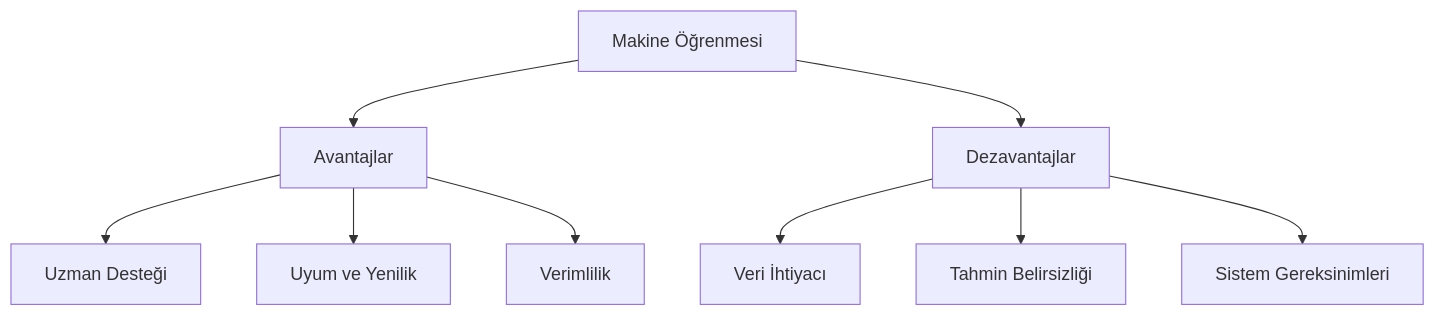
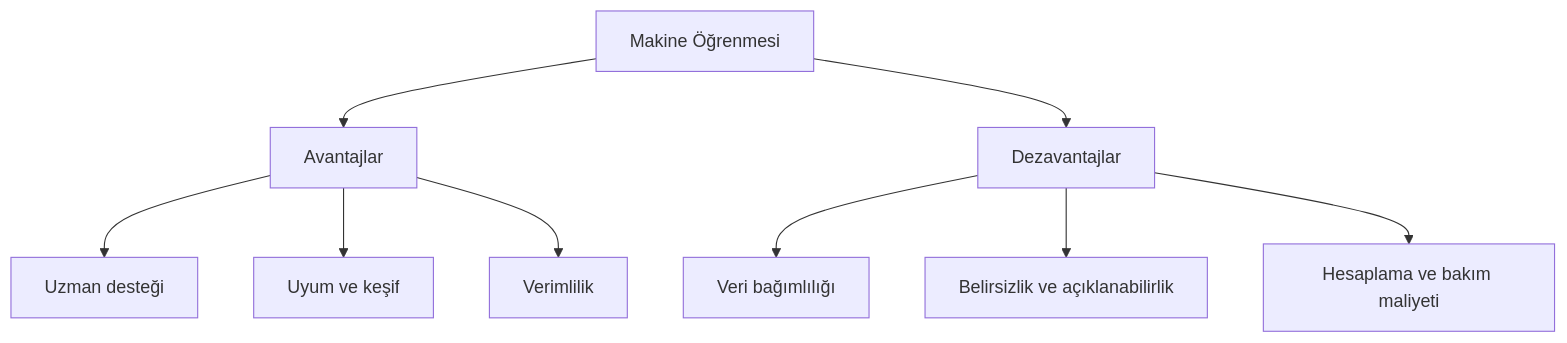
One commit to erkanozhan/machinelearning changed the third of 12 diagrams in Ders_Notu.md. Above: the diagram before and after it, drawn with Mermaid. The commit also changed other lines of this file and 50 other files, not shown here.

````diff
--- a/Ders_Notu.md
+++ b/Ders_Notu.md
@@ -100,13 +140,11 @@
 ```mermaid
 graph TD
-     A[Makine Öğrenmesi] --> B[Avantajlar]
-     A --> C[Dezavantajlar]
-     
-     B --> D[Uzman Desteği]
-     B --> E[Uyum ve Yenilik]
-     B --> F[Verimlilik]
-     
-     C --> G[Veri İhtiyacı]
-     C --> H[Tahmin Belirsizliği]
-     C --> I[Sistem Gereksinimleri]
+    A[Makine Öğrenmesi] --> B[Avantajlar]
+    A --> C[Dezavantajlar]
+    B --> D[Uzman desteği]
+    B --> E[Uyum ve keşif]
+    B --> F[Verimlilik]
+    C --> G[Veri bağımlılığı]
+    C --> H[Belirsizlik ve açıklanabilirlik]
+    C --> I[Hesaplama ve bakım maliyeti]
 ```
````
